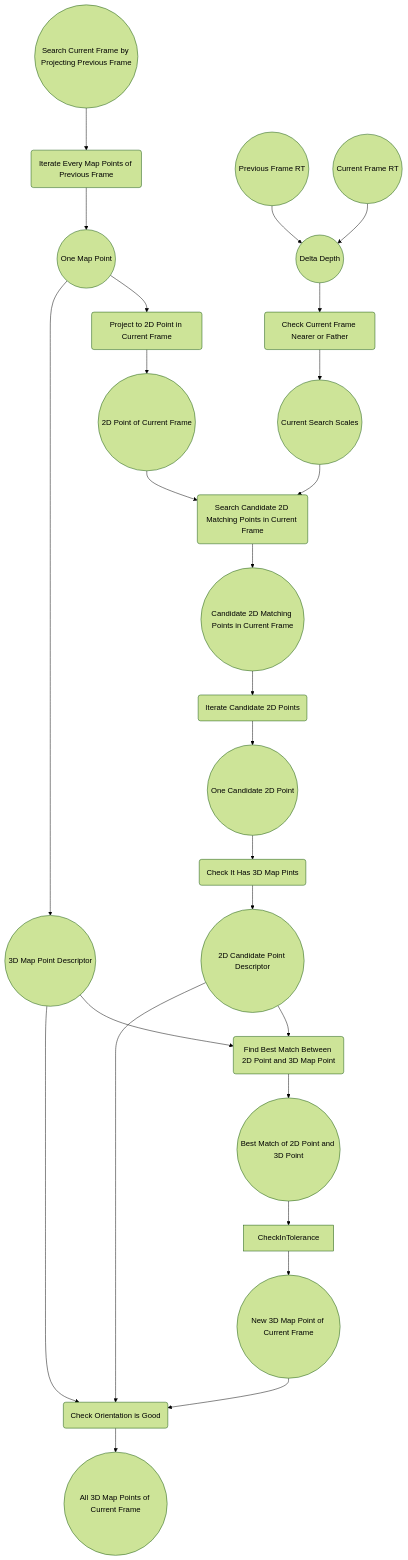
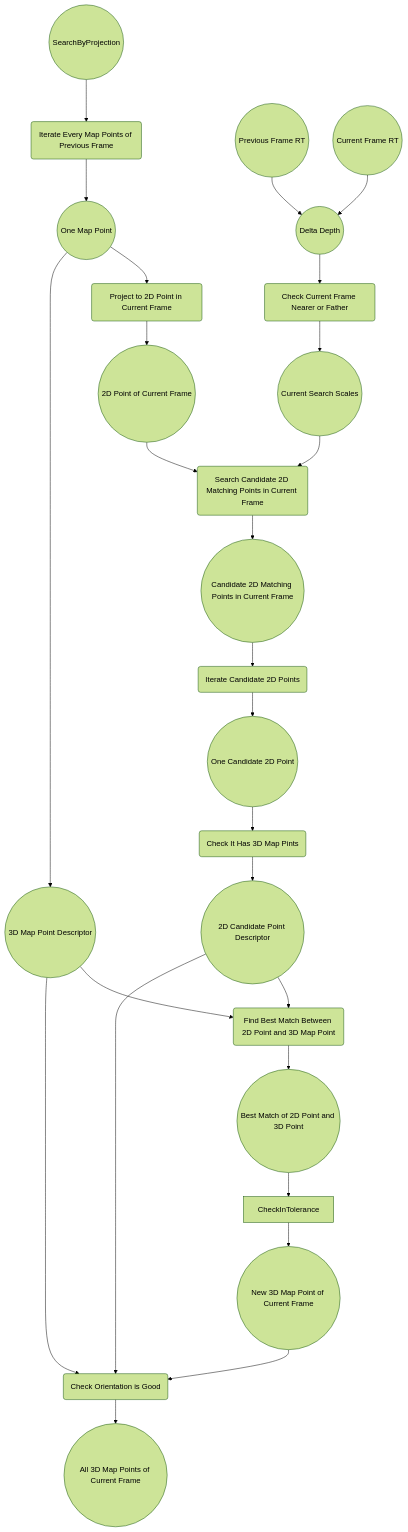
Before and after one commit to huang-yuefeng/3DComputerVision: the eighth of 9 diagrams in Track.md, drawn with Mermaid (forest theme). The commit also changed other lines of this file, not shown here.

````diff
--- a/Track.md
+++ b/Track.md
@@ -185,31 +185,31 @@
 ```mermaid
 			graph TD
-				SearchByProjection((Search Current Frame by Projecting Previous Frame)) --> IterateMP(Iterate Every Map Points of Previous Frame)
+				SearchByProjection((SearchByProjection)) --> IterateMP(Iterate Every Map Points of Previous Frame)
 				IterateMP --> OneMP((One Map Point))
 				OneMP --> Project2DPoint(Project to 2D Point in Current Frame)
 				Project2DPoint --> 2DPoint((2D Point of Current Frame)) 
 				
 				CheckNearFar(Check Current Frame Nearer or Father)
 				PreviousRT((Previous Frame RT)) --> DeltaDepth((Delta Depth))
 				CurrentRT((Current Frame RT)) --> DeltaDepth((Delta Depth))
 				DeltaDepth --> CheckNearFar
 				CheckNearFar --> CurrentSearchScale((Current Search Scales))
 				
 				2DPoint --> SearchCandidate2DPoint(Search Candidate 2D Matching Points in Current Frame)
 				CurrentSearchScale --> SearchCandidate2DPoint
 				SearchCandidate2DPoint --> Candidate2DPoints((Candidate 2D Matching Points in Current Frame))
 				Candidate2DPoints --> IterateCandidates(Iterate Candidate 2D Points)
 				IterateCandidates --> OneCandidateP((One Candidate 2D Point))
 				OneCandidateP --> CheckHave3DMP(Check It Has 3D Map Pints)
 				CheckHave3DMP --> 2DPDesp((2D Candidate Point Descriptor))
 				OneMP --> 3DMPDesp((3D Map Point Descriptor))
 				2DPDesp --> FindBestSimliliarMatch(Find Best Match Between 2D Point and 3D Map Point)
 				3DMPDesp --> FindBestSimliliarMatch
 				FindBestSimliliarMatch --> BestMatch((Best Match of 2D Point and 3D Point))	
 				BestMatch --> CheckInTolerance
 				CheckInTolerance --> New3DMP((New 3D Map Point of Current Frame))	
 				New3DMP --> CheckOrientation(Check Orientation is Good)	
 				2DPDesp --> CheckOrientation
 				3DMPDesp --> CheckOrientation
 				CheckOrientation --> All3DMP((All 3D Map Points of Current Frame))
 ```
````
